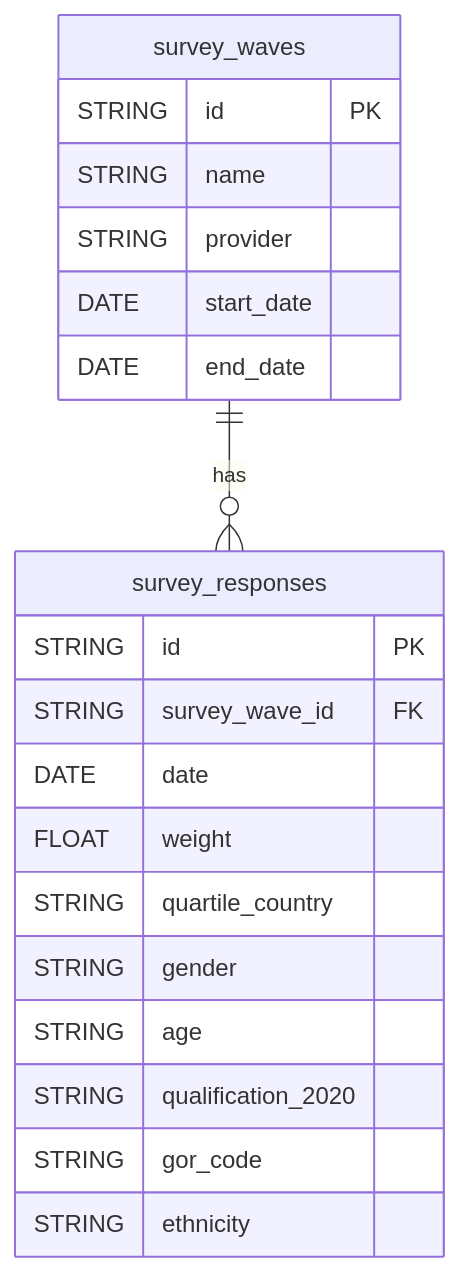
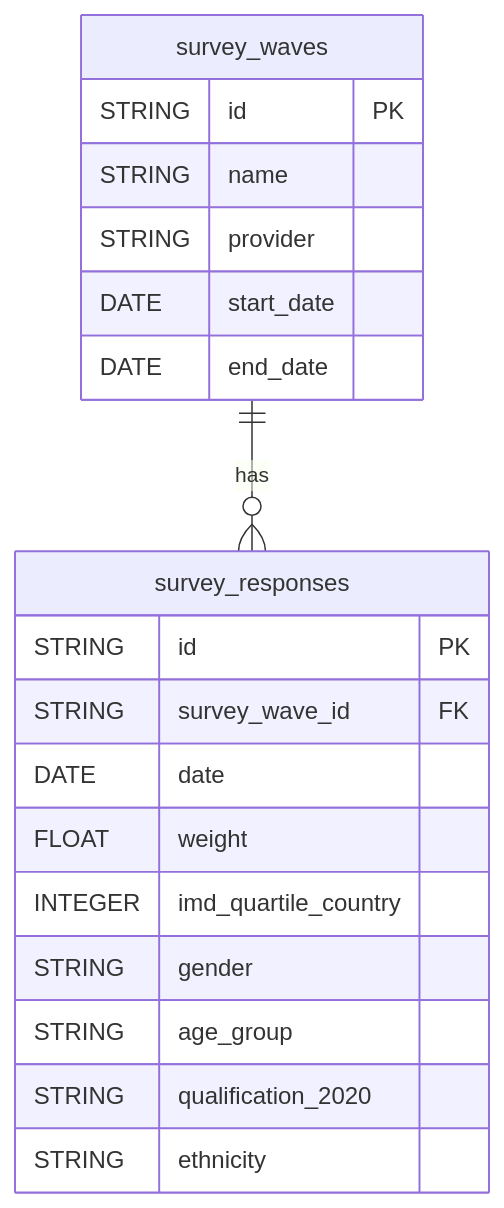
The diagram in README.md (alphagov/govuk-polling-dataform), drawn with Mermaid before and after one commit. The commit also changed other lines of this file and 8 other files, not shown here.

Commit message:
derive age group in the data model as the coding is not standardised and could conceivably change between providers.

````diff
--- a/README.md
+++ b/README.md
@@ -13,25 +13,24 @@
 ```mermaid
 erDiagram
     survey_waves {
         STRING id PK
         STRING name
         STRING provider
         DATE start_date
         DATE end_date
     }
 
     survey_responses {
         STRING id PK
         STRING survey_wave_id FK
         DATE date
         FLOAT weight
-        STRING quartile_country
+        INTEGER imd_quartile_country
         STRING gender
-        STRING age
+        STRING age_group
         STRING qualification_2020
-        STRING gor_code
         STRING ethnicity
     }
 
     survey_waves ||--o{ survey_responses : "has"
 ```
````
